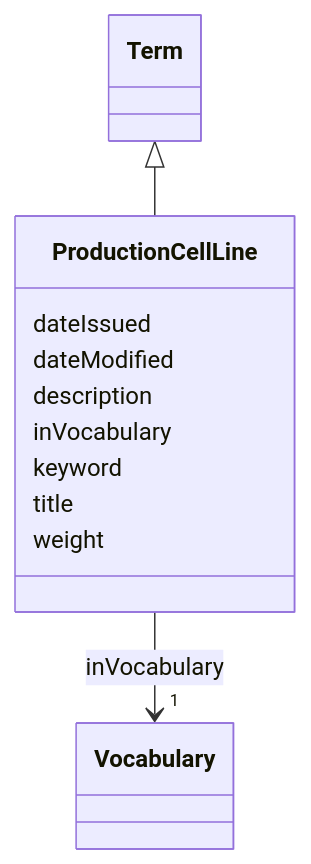
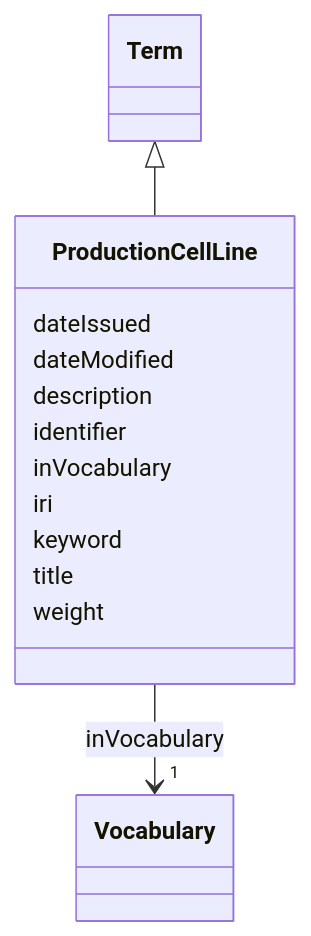
The diagram in models/docs/ProductionCellLine.md (EVORA-project/evora-ontology), drawn with Mermaid before and after one commit. The commit also changed other lines of this file and 391 other files, not shown here.

````diff
--- a/models/docs/ProductionCellLine.md
+++ b/models/docs/ProductionCellLine.md
@@ -19,30 +19,34 @@
 ```mermaid
  classDiagram
     class ProductionCellLine
     click ProductionCellLine href "../ProductionCellLine"
       Term <|-- ProductionCellLine
         click Term href "../Term"
       
       ProductionCellLine : dateIssued
         
       ProductionCellLine : dateModified
         
       ProductionCellLine : description
         
+      ProductionCellLine : identifier
+        
       ProductionCellLine : inVocabulary
         
           
     
     
     ProductionCellLine --> "1" Vocabulary : inVocabulary
     click Vocabulary href "../Vocabulary"
 
         
+      ProductionCellLine : iri
+        
       ProductionCellLine : keyword
         
       ProductionCellLine : title
         
       ProductionCellLine : weight
         
       
 ```
````
